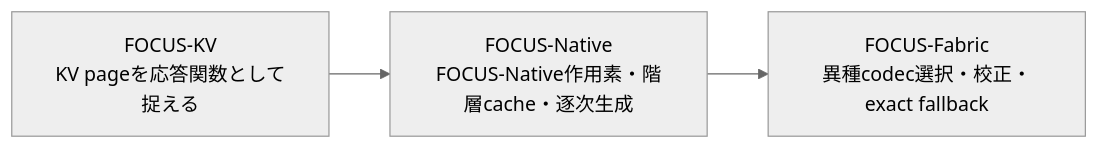
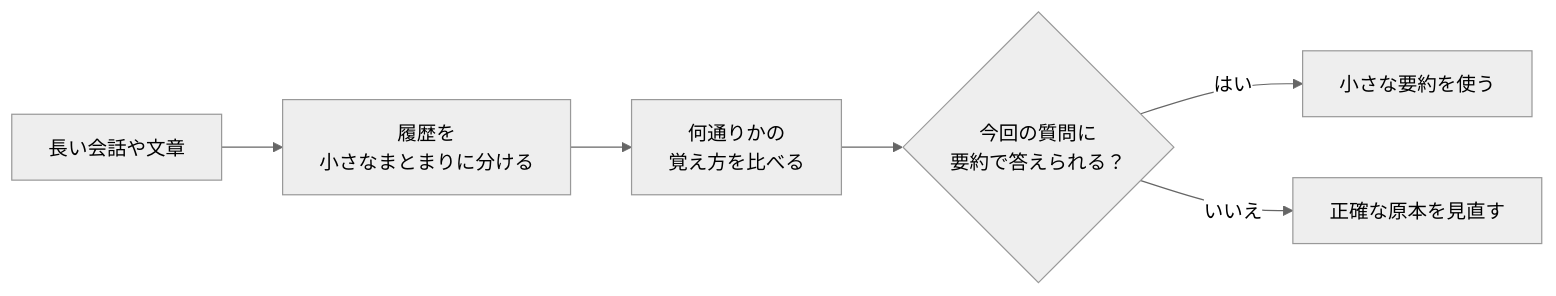
Before and after one commit to dj-thank/FOCUS-Fabric: the first of 2 diagrams in README.md, drawn with Mermaid (neutral theme). The commit also changed other lines of this file, not shown here.

````diff
--- a/README.md
+++ b/README.md
@@ -39,5 +21,8 @@
 ```mermaid
 flowchart LR
-    A["FOCUS-KV<br/>KV pageを応答関数として捉える"] --> B["FOCUS-Native<br/>FOCUS-Native作用素・階層cache・逐次生成"]
-    B --> C["FOCUS-Fabric<br/>異種codec選択・校正・exact fallback"]
+    A["長い会話や文章"] --> B["履歴を<br/>小さなまとまりに分ける"]
+    B --> C["何通りかの<br/>覚え方を比べる"]
+    C --> D{"今回の質問に<br/>要約で答えられる？"}
+    D -- "はい" --> E["小さな要約を使う"]
+    D -- "いいえ" --> F["正確な原本を見直す"]
 ```
````
